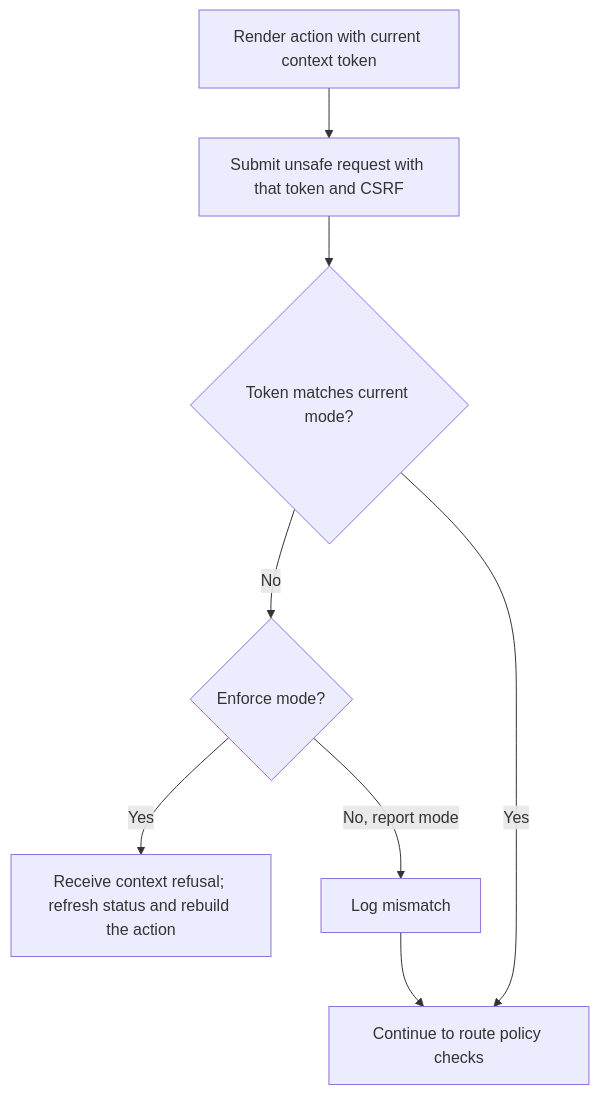
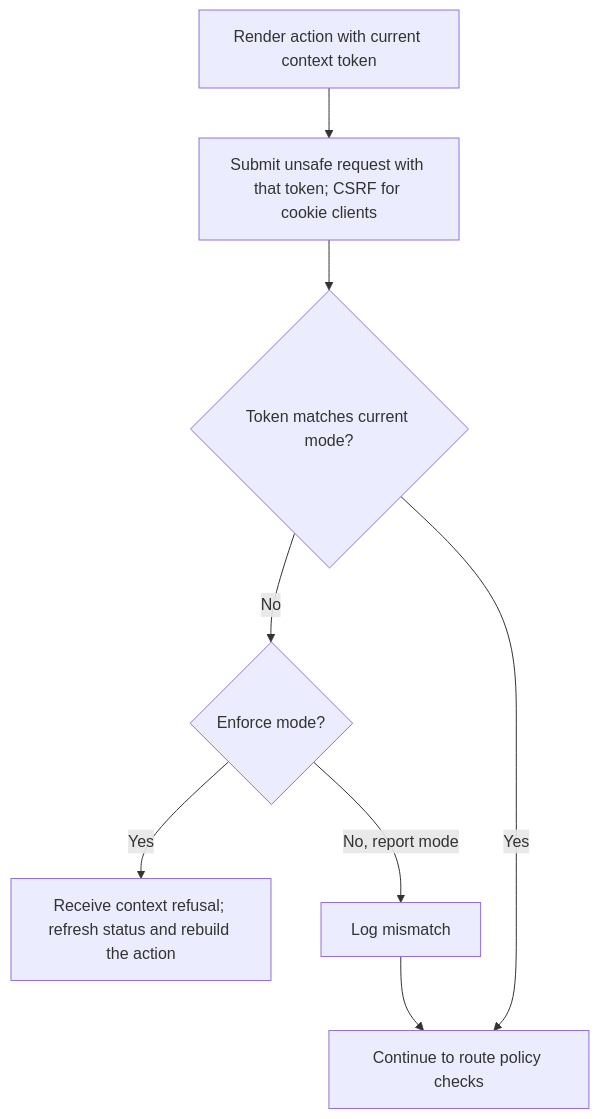
Before and after one commit to Kevinjohn/oss-adonisjs-masquerade: the first of 2 diagrams in user-stories/submit-context-token/us-context-01-submit-context-token.md, drawn with Mermaid. The commit also changed other lines of this file and 26 other files, not shown here.

````diff
--- a/user-stories/submit-context-token/us-context-01-submit-context-token.md
+++ b/user-stories/submit-context-token/us-context-01-submit-context-token.md
@@ -26,10 +26,10 @@
 ```mermaid
 flowchart TD
-    A["Render action with current context token"] --> B["Submit unsafe request with that token and CSRF"]
+    A["Render action with current context token"] --> B["Submit unsafe request with that token; CSRF for cookie clients"]
     B --> C{"Token matches current mode?"}
     C -->|No| R{"Enforce mode?"}
     R -->|Yes| D["Receive context refusal; refresh status and rebuild the action"]
     R -->|No, report mode| L["Log mismatch"]
     L --> E["Continue to route policy checks"]
     C -->|Yes| E
 ```
````
